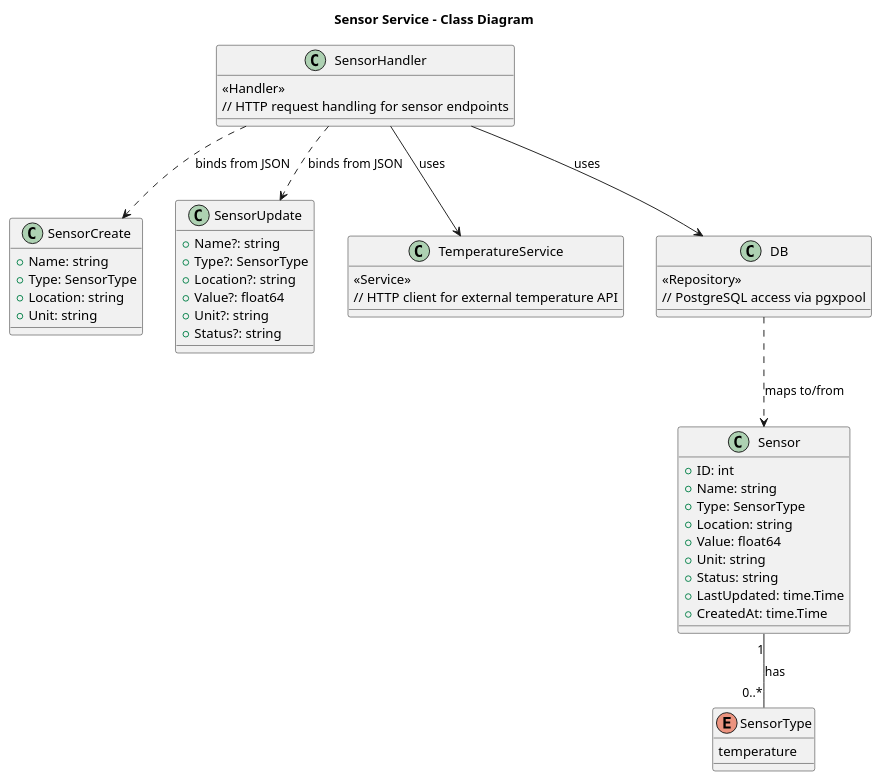
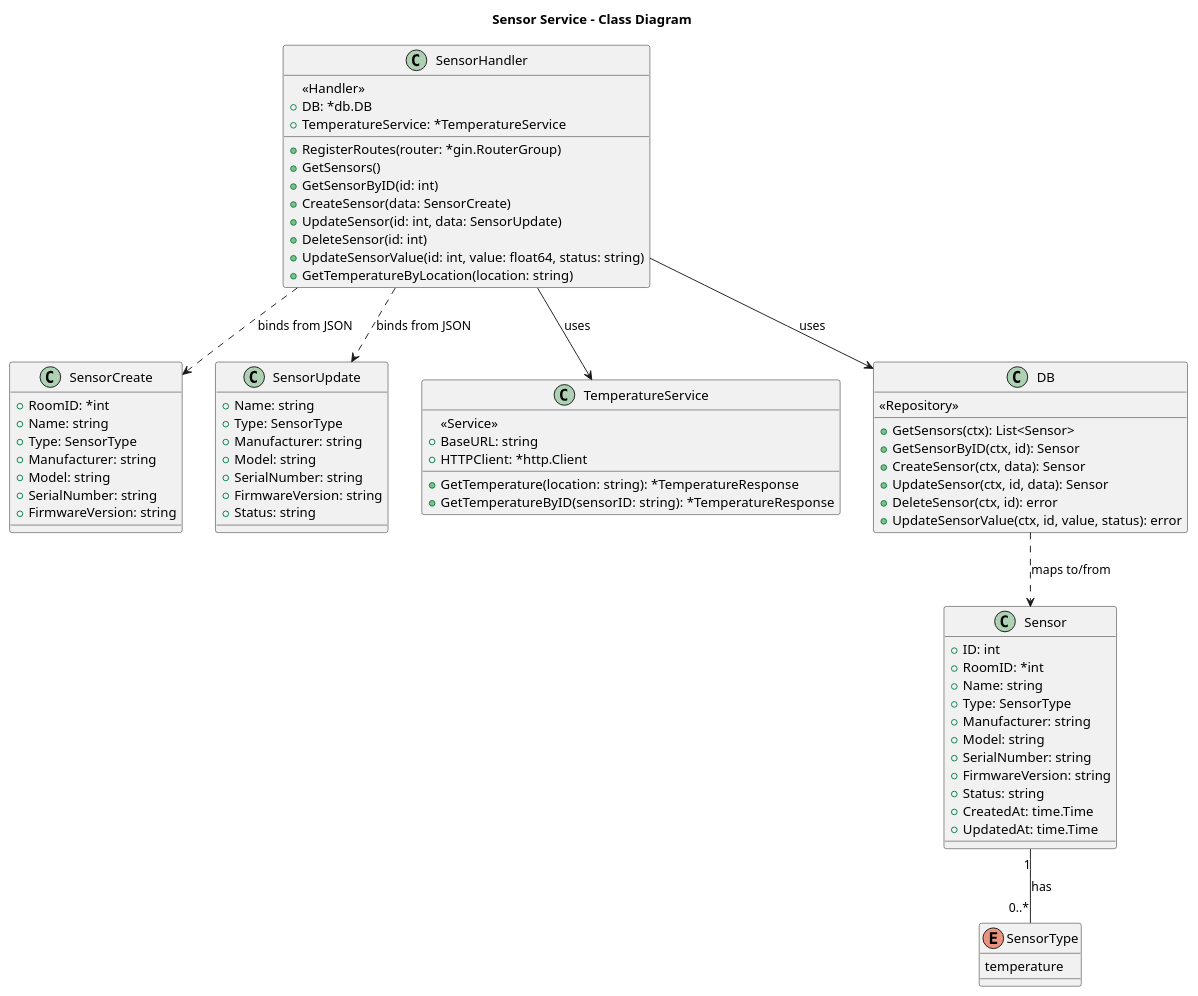
The diagram in docs/to-be/c4-code-sensor-service.puml (stebikhov/architecture-pro-warmhouse), drawn with PlantUML before and after one commit. The commit also changed 43 other files, not shown here.

Commit message:
Fix build and extends ER model

```diff
--- a/docs/to-be/c4-code-sensor-service.puml
+++ b/docs/to-be/c4-code-sensor-service.puml
@@ -1,58 +1,81 @@
-@startuml
+@startuml Sensor Service
 title Sensor Service - Class Diagram
 
 enum SensorType {
     temperature
 }
 
 class Sensor {
     +ID: int
+    +RoomID: *int
     +Name: string
     +Type: SensorType
-    +Location: string
-    +Value: float64
-    +Unit: string
+    +Manufacturer: string
+    +Model: string
+    +SerialNumber: string
+    +FirmwareVersion: string
     +Status: string
-    +LastUpdated: time.Time
     +CreatedAt: time.Time
+    +UpdatedAt: time.Time
 }
 
 class SensorCreate {
+    +RoomID: *int
     +Name: string
     +Type: SensorType
-    +Location: string
-    +Unit: string
+    +Manufacturer: string
+    +Model: string
+    +SerialNumber: string
+    +FirmwareVersion: string
 }
 
 class SensorUpdate {
-    +Name?: string
-    +Type?: SensorType
-    +Location?: string
-    +Value?: float64
-    +Unit?: string
-    +Status?: string
+    +Name: string
+    +Type: SensorType
+    +Manufacturer: string
+    +Model: string
+    +SerialNumber: string
+    +FirmwareVersion: string
+    +Status: string
 }
 
 class SensorHandler {
     <<Handler>>
-    // HTTP request handling for sensor endpoints
+    +DB: *db.DB
+    +TemperatureService: *TemperatureService
+    +RegisterRoutes(router: *gin.RouterGroup)
+    +GetSensors()
+    +GetSensorByID(id: int)
+    +CreateSensor(data: SensorCreate)
+    +UpdateSensor(id: int, data: SensorUpdate)
+    +DeleteSensor(id: int)
+    +UpdateSensorValue(id: int, value: float64, status: string)
+    +GetTemperatureByLocation(location: string)
 }
 
 class TemperatureService {
     <<Service>>
-    // HTTP client for external temperature API
+    +BaseURL: string
+    +HTTPClient: *http.Client
+    +GetTemperature(location: string): *TemperatureResponse
+    +GetTemperatureByID(sensorID: string): *TemperatureResponse
 }
 
 class DB {
     <<Repository>>
-    // PostgreSQL access via pgxpool
+    +GetSensors(ctx): List<Sensor>
+    +GetSensorByID(ctx, id): Sensor
+    +CreateSensor(ctx, data): Sensor
+    +UpdateSensor(ctx, id, data): Sensor
+    +DeleteSensor(ctx, id): error
+    +UpdateSensorValue(ctx, id, value, status): error
 }
 
 Sensor "1" -- "0..*" SensorType : has
 SensorHandler --> DB : uses
 SensorHandler --> TemperatureService : uses
 DB ..> Sensor : maps to/from
 SensorHandler ..> SensorCreate : binds from JSON
 SensorHandler ..> SensorUpdate : binds from JSON
 
 @enduml
```
